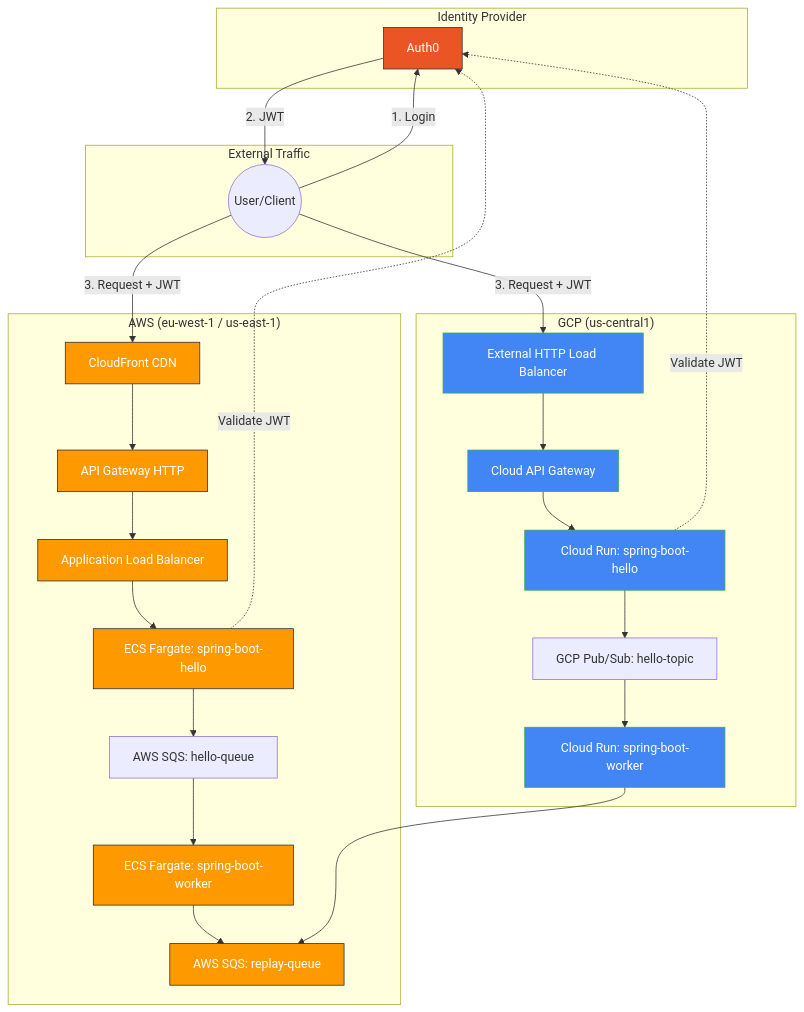
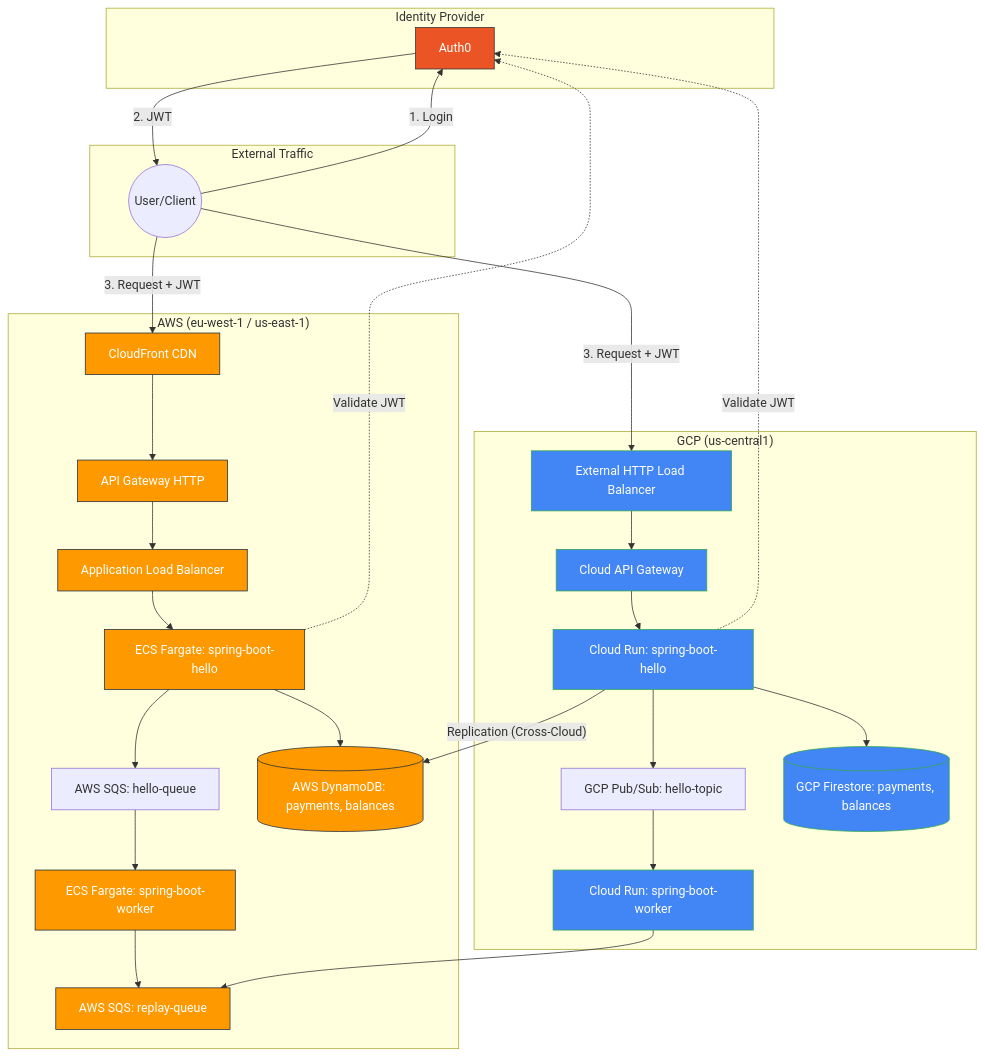
One commit to Dale-Harrison/multi-cloud-test changed the diagram in README.md. Above: the diagram before and after it, drawn with Mermaid. The commit also changed other lines of this file, not shown here.

Commit message:
Update README with new architecture diagram

````diff
--- a/README.md
+++ b/README.md
@@ -9,65 +9,72 @@
 ```mermaid
 graph TD
     subgraph "Identity Provider"
         Auth0[Auth0]
     end
 
     subgraph "External Traffic"
         User((User/Client))
     end
 
     subgraph "AWS (eu-west-1 / us-east-1)"
         CF[CloudFront CDN]
         APIGW_AWS[API Gateway HTTP]
         ALB[Application Load Balancer]
         Hello_AWS[ECS Fargate: spring-boot-hello]
         SQS[AWS SQS: hello-queue]
         Worker_AWS[ECS Fargate: spring-boot-worker]
         REPLAY[AWS SQS: replay-queue]
+        DynamoDB[(AWS DynamoDB: payments, balances)]
     end
 
     subgraph "GCP (us-central1)"
         GCLB[External HTTP Load Balancer]
         APIGW_GCP[Cloud API Gateway]
         Hello_GCP[Cloud Run: spring-boot-hello]
         PubSub[GCP Pub/Sub: hello-topic]
         Worker_GCP[Cloud Run: spring-boot-worker]
+        Firestore[(GCP Firestore: payments, balances)]
     end
 
     %% Auth Flow
     User -- 1. Login --> Auth0
     Auth0 -- 2. JWT --> User
     User -- 3. Request + JWT --> CF
     User -- 3. Request + JWT --> GCLB
 
     %% AWS Flow
     CF --> APIGW_AWS
     APIGW_AWS --> ALB
     ALB --> Hello_AWS
     Hello_AWS -. Validate JWT .-> Auth0
     Hello_AWS --> SQS
+    Hello_AWS --> DynamoDB
     SQS --> Worker_AWS
     Worker_AWS --> REPLAY
 
     %% GCP Flow
     GCLB --> APIGW_GCP
     APIGW_GCP --> Hello_GCP
     Hello_GCP -. Validate JWT .-> Auth0
     Hello_GCP --> PubSub
+    Hello_GCP --> Firestore
+    Hello_GCP -- Replication (Cross-Cloud) --> DynamoDB
     PubSub --> Worker_GCP
     Worker_GCP --> REPLAY
 
     %% Styling
     style Auth0 fill:#EB5424,stroke:#333,color:#fff
     style CF fill:#ff9900,stroke:#232f3e,color:#fff
     style APIGW_AWS fill:#ff9900,stroke:#232f3e,color:#fff
     style ALB fill:#ff9900,stroke:#232f3e,color:#fff
     style Hello_AWS fill:#ff9900,stroke:#232f3e,color:#fff
     style Worker_AWS fill:#ff9900,stroke:#232f3e,color:#fff
     style REPLAY fill:#ff9900,stroke:#232f3e,color:#fff
+    style DynamoDB fill:#ff9900,stroke:#232f3e,color:#fff
     
     style GCLB fill:#4285F4,stroke:#34A853,color:#fff
     style APIGW_GCP fill:#4285F4,stroke:#34A853,color:#fff
     style Hello_GCP fill:#4285F4,stroke:#34A853,color:#fff
     style Worker_GCP fill:#4285F4,stroke:#34A853,color:#fff
+    style Firestore fill:#4285F4,stroke:#34A853,color:#fff
 ```
````
